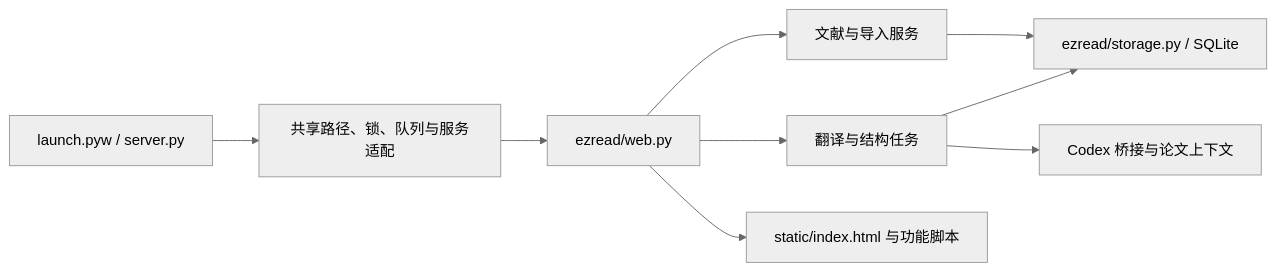
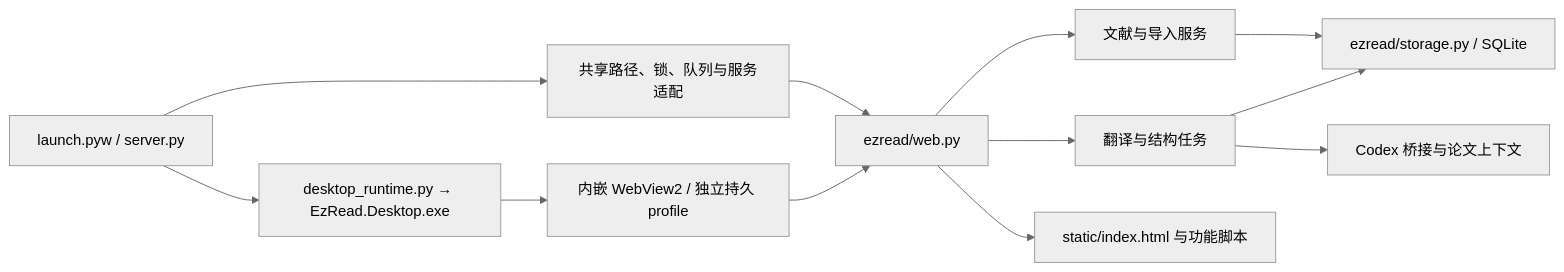
Before and after one commit to zhuangcao136-glitch/EzRead: the diagram in docs/ARCHITECTURE.md, drawn with Mermaid (neutral theme). The commit also changed other lines of this file and 95 other files, not shown here.

Commit message:
Update EzRead to 3.4.1 with native desktop and reading tools

````diff
--- a/docs/ARCHITECTURE.md
+++ b/docs/ARCHITECTURE.md
@@ -7,11 +7,14 @@
 ```mermaid
 flowchart LR
     Launch[launch.pyw / server.py] --> Context[共享路径、锁、队列与服务适配]
     Context --> Web[ezread/web.py]
     Web --> Library[文献与导入服务]
     Web --> Jobs[翻译与结构任务]
     Library --> Store[ezread/storage.py / SQLite]
     Jobs --> Store
     Jobs --> AI[Codex 桥接与论文上下文]
     Web --> UI[static/index.html 与功能脚本]
+    Launch --> Desktop[desktop_runtime.py → EzRead.Desktop.exe]
+    Desktop --> WebView[内嵌 WebView2 / 独立持久 profile]
+    WebView --> Web
 ```
````
